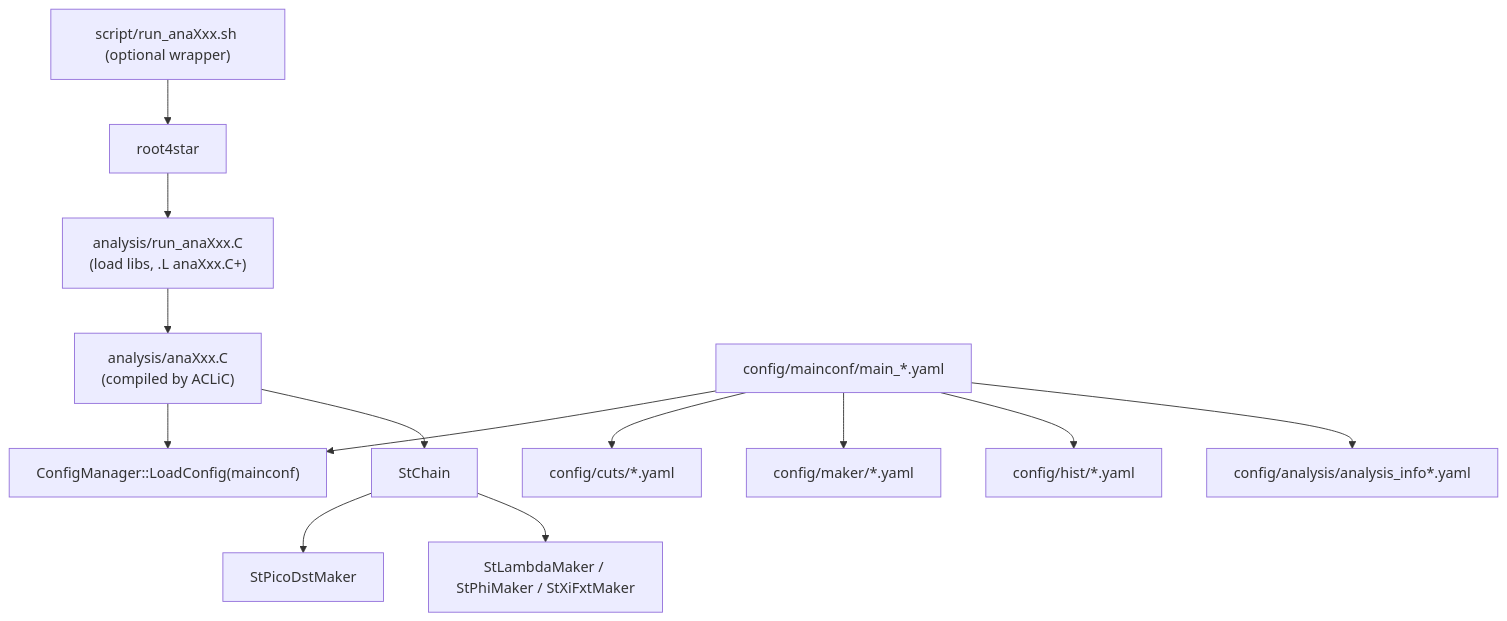
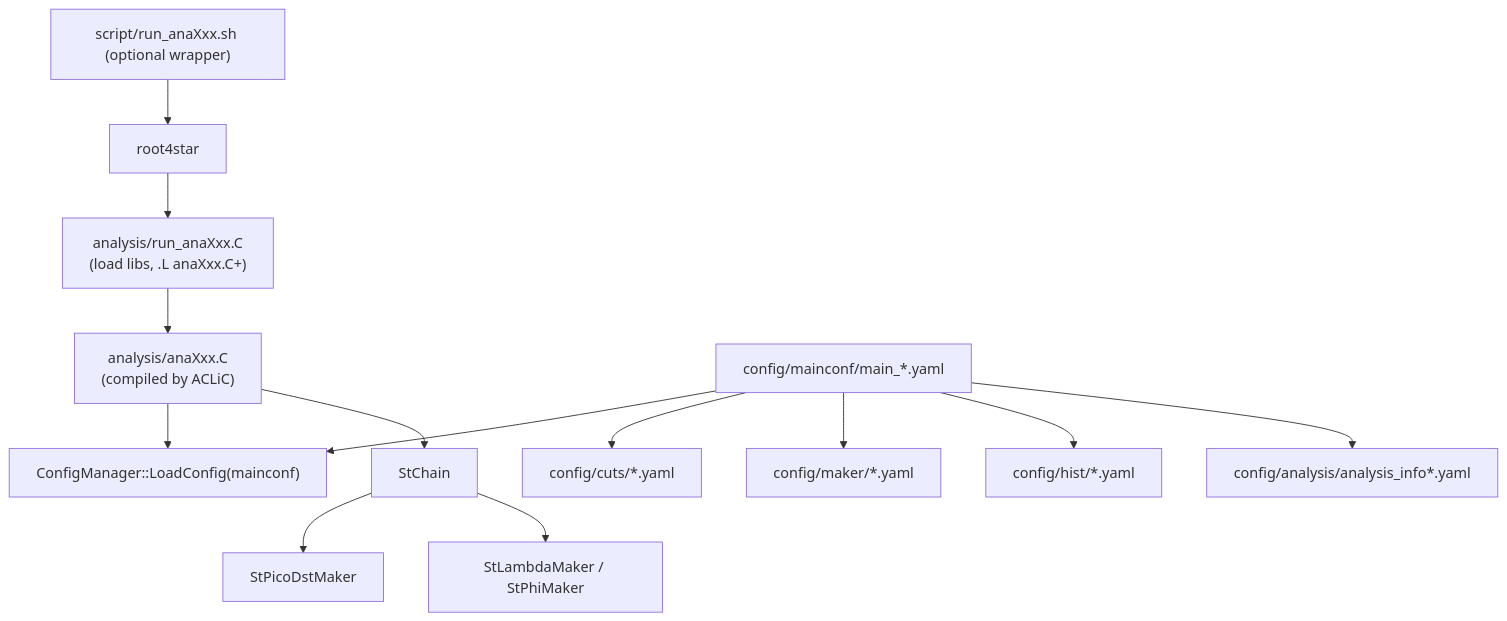
One commit to rjsaito0519/star-analyzer_backup changed the diagram in README.md. Above: the diagram before and after it, drawn with Mermaid. The commit also changed other lines of this file and 115 other files, not shown here.

````diff
--- a/README.md
+++ b/README.md
@@ -9,33 +9,33 @@
 ```mermaid
 flowchart TD
   R4["root4star"]
   RS["script/run_anaXxx.sh (optional wrapper)"]
   Run["analysis/run_anaXxx.C<br/>(load libs, .L anaXxx.C+)"]
   Ana["analysis/anaXxx.C<br/>(compiled by ACLiC)"]
 
   MC["config/mainconf/main_*.yaml"]
   CFG["ConfigManager::LoadConfig(mainconf)"]
   CUTC["config/cuts/*.yaml"]
   MKC["config/maker/*.yaml"]
   HC["config/hist/*.yaml"]
   AIC["config/analysis/analysis_info*.yaml"]
 
   Ch["StChain"]
   P["StPicoDstMaker"]
-  M["StLambdaMaker / StPhiMaker / StXiFxtMaker"]
+  M["StLambdaMaker / StPhiMaker"]
 
   RS --> R4
   R4 --> Run
   Run --> Ana
 
   Ana --> CFG
   MC --> CFG
   MC --> CUTC
   MC --> MKC
   MC --> HC
   MC --> AIC
 
   Ana --> Ch
   Ch --> P
   Ch --> M
 ```
````
